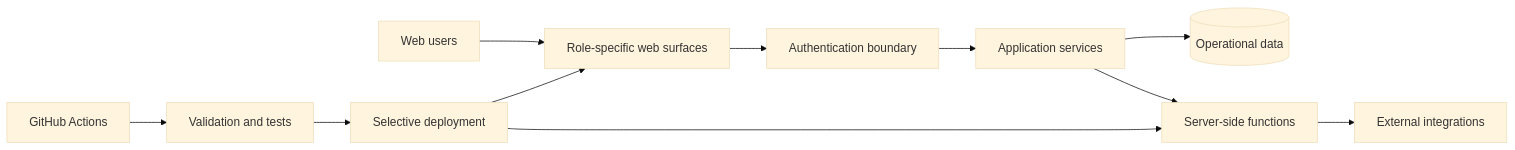
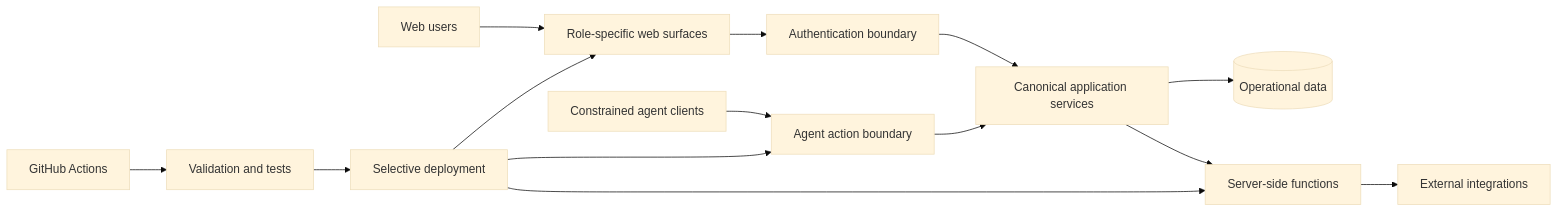
Before and after one commit to intergonzalo/engineering-governance: the diagram in portfolio/tmj-securitizadora/README.md, drawn with Mermaid (base theme). The commit also changed other lines of this file and 5 other files, not shown here.

````diff
--- a/portfolio/tmj-securitizadora/README.md
+++ b/portfolio/tmj-securitizadora/README.md
@@ -13,13 +13,16 @@
 ```mermaid
 flowchart LR
     U[Web users] --> H[Role-specific web surfaces]
+    G[Constrained agent clients] --> B[Agent action boundary]
     H --> A[Authentication boundary]
-    A --> S[Application services]
+    A --> S[Canonical application services]
+    B --> S
     S --> D[(Operational data)]
     S --> F[Server-side functions]
     F --> X[External integrations]
     C[GitHub Actions] --> Q[Validation and tests]
     Q --> P[Selective deployment]
     P --> H
     P --> F
+    P --> B
 ```
````
